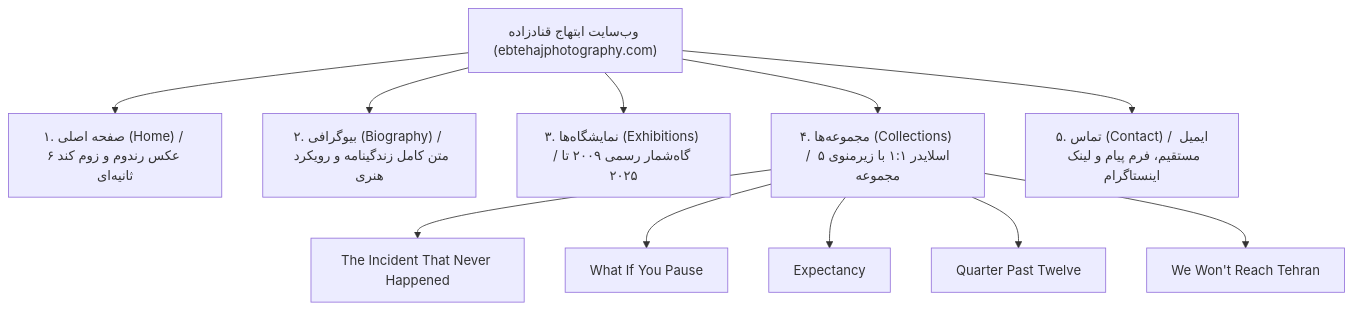
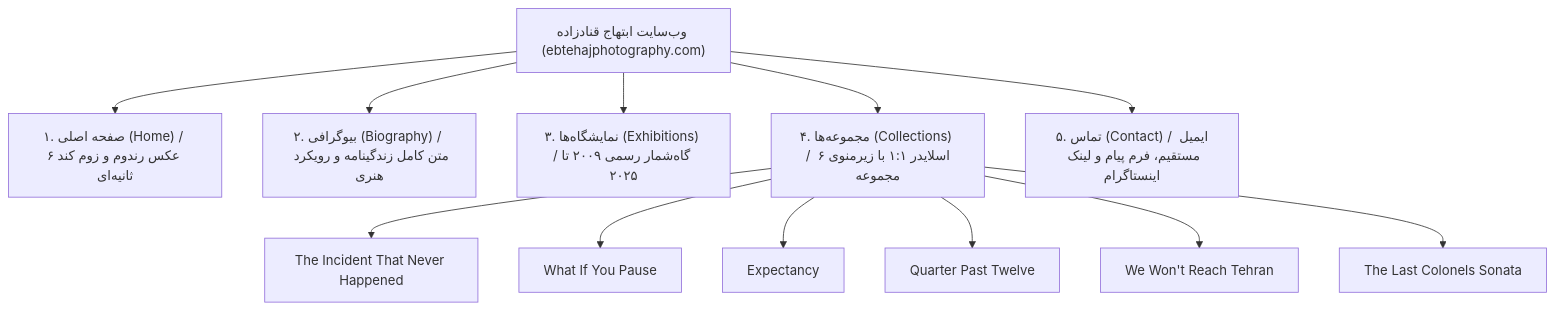
The diagram in docs/03-site-architecture/site-structure-and-wireframes.md (MobinShekari84/Ebhtehaj-Ghanadzade), drawn with Mermaid before and after one commit. The commit also changed other lines of this file and 61 other files, not shown here.

Commit message:
Update portfolio with 57 official exhibition photos, 6th collection (The Last Colonels Sonata), Andele Mono font, and typography adjustments

````diff
--- a/docs/03-site-architecture/site-structure-and-wireframes.md
+++ b/docs/03-site-architecture/site-structure-and-wireframes.md
@@ -9,15 +9,16 @@
 ```mermaid
 flowchart TD
     Site["وب‌سایت ابتهاج قنادزاده (ebtehajphotography.com)"]
     Site --> P1["۱. صفحه اصلی (Home) / عکس رندوم و زوم کند ۶ ثانیه‌ای"]
     Site --> P2["۲. بیوگرافی (Biography) / متن کامل زندگینامه و رویکرد هنری"]
     Site --> P3["۳. نمایشگاه‌ها (Exhibitions) / گاه‌شمار رسمی ۲۰۰۹ تا ۲۰۲۵"]
-    Site --> P4["۴. مجموعه‌ها (Collections) / اسلایدر ۱:۱ با زیرمنوی ۵ مجموعه"]
+    Site --> P4["۴. مجموعه‌ها (Collections) / اسلایدر ۱:۱ با زیرمنوی ۶ مجموعه"]
     Site --> P5["۵. تماس (Contact) / ایمیل مستقیم، فرم پیام و لینک اینستاگرام"]
 
     P4 --> C1["The Incident That Never Happened"]
     P4 --> C2["What If You Pause"]
     P4 --> C3["Expectancy"]
     P4 --> C4["Quarter Past Twelve"]
     P4 --> C5["We Won't Reach Tehran"]
+    P4 --> C6["The Last Colonels Sonata"]
 ```
````
